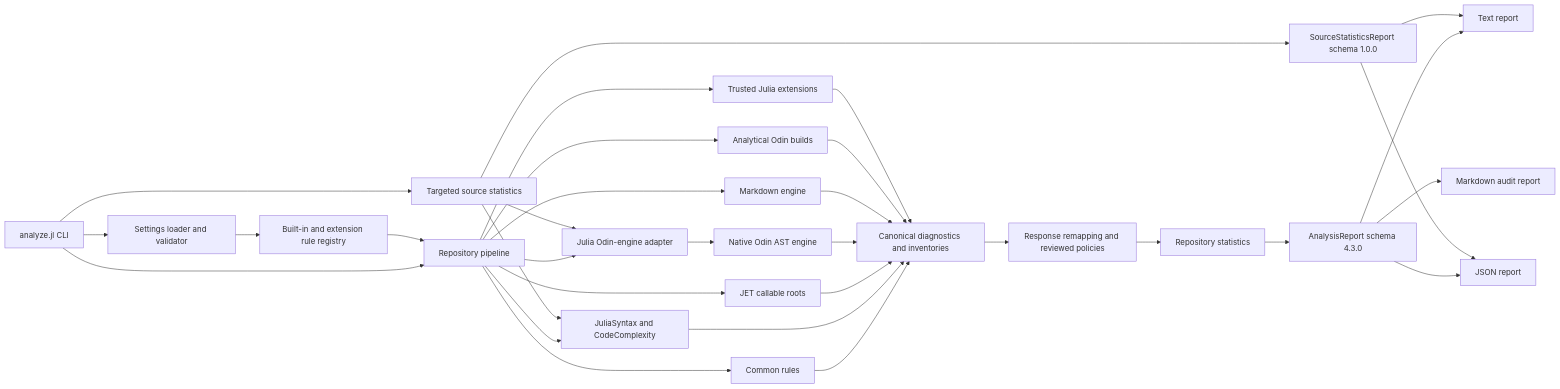
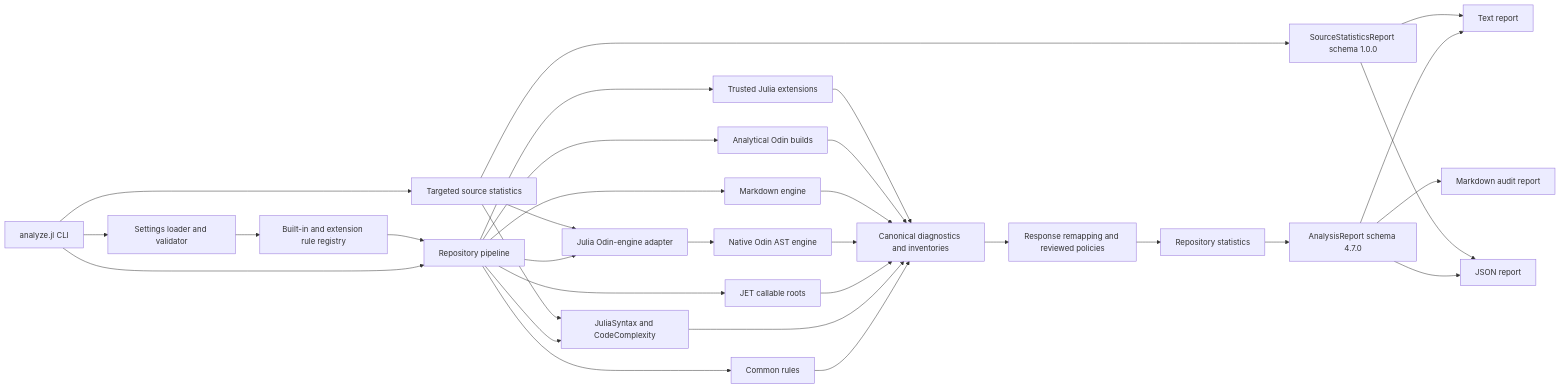
Before and after one commit to derekshoneycutt/OdinJuliaAnalysis: the first of 4 diagrams in README.md, drawn with Mermaid. The commit also changed other lines of this file and 44 other files, not shown here.

````diff
--- a/README.md
+++ b/README.md
@@ -182,37 +185,37 @@
 ```mermaid
 flowchart LR
     CLI[analyze.jl CLI] --> Settings[Settings loader and validator]
     CLI --> Pipeline[Repository pipeline]
   CLI --> LocalStats[Targeted source statistics]
     Settings --> Registry[Built-in and extension rule registry]
     Registry --> Pipeline
 
     Pipeline --> Common[Common rules]
     Pipeline --> Julia[JuliaSyntax and CodeComplexity]
     Pipeline --> JET[JET callable roots]
     Pipeline --> OdinBridge[Julia Odin-engine adapter]
     LocalStats --> Julia
     LocalStats --> OdinBridge
     OdinBridge --> OdinNative[Native Odin AST engine]
     Pipeline --> Markdown[Markdown engine]
     Pipeline --> Builds[Analytical Odin builds]
     Pipeline --> Extensions[Trusted Julia extensions]
 
     Common --> Model[Canonical diagnostics and inventories]
     Julia --> Model
     JET --> Model
     OdinNative --> Model
     Markdown --> Model
     Builds --> Model
     Extensions --> Model
 
     Model --> Policy[Response remapping and reviewed policies]
     Policy --> Statistics[Repository statistics]
-    Statistics --> Report[AnalysisReport schema 4.3.0]
+    Statistics --> Report[AnalysisReport schema 4.7.0]
     LocalStats --> StatsReport[SourceStatisticsReport schema 1.0.0]
     Report --> Text[Text report]
     Report --> JSON[JSON report]
     Report --> MD[Markdown audit report]
     StatsReport --> Text
     StatsReport --> JSON
 ```
````
